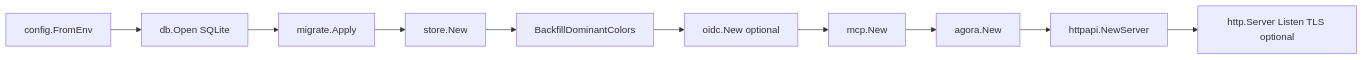
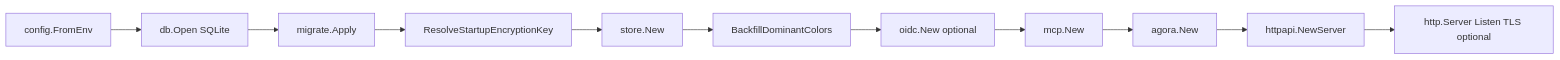
The first of 2 diagrams in docs/diagrams/scrumboy_bootstrap.md (bhardwajRahul/scrumboy), drawn with Mermaid before and after one commit. The commit also changed other lines of this file and 12 other files, not shown here.

Commit message:
updated architectural diagrams to reflect current architecture as of June 18th 2026

````diff
--- a/docs/diagrams/scrumboy_bootstrap.md
+++ b/docs/diagrams/scrumboy_bootstrap.md
@@ -5,17 +5,18 @@
 ```mermaid
 flowchart LR
   Env[config.FromEnv]
   DB[db.Open SQLite]
   Mig[migrate.Apply]
+  Key[ResolveStartupEncryptionKey]
   Store[store.New]
   Color[BackfillDominantColors]
   OIDC[oidc.New optional]
   MCP[mcp.New]
   Agora[agora.New]
   Srv[httpapi.NewServer]
   Listen[http.Server Listen TLS optional]
 
-  Env --> DB --> Mig --> Store --> Color
+  Env --> DB --> Mig --> Key --> Store --> Color
   Color --> OIDC
   OIDC --> MCP --> Agora --> Srv --> Listen
 ```
````
